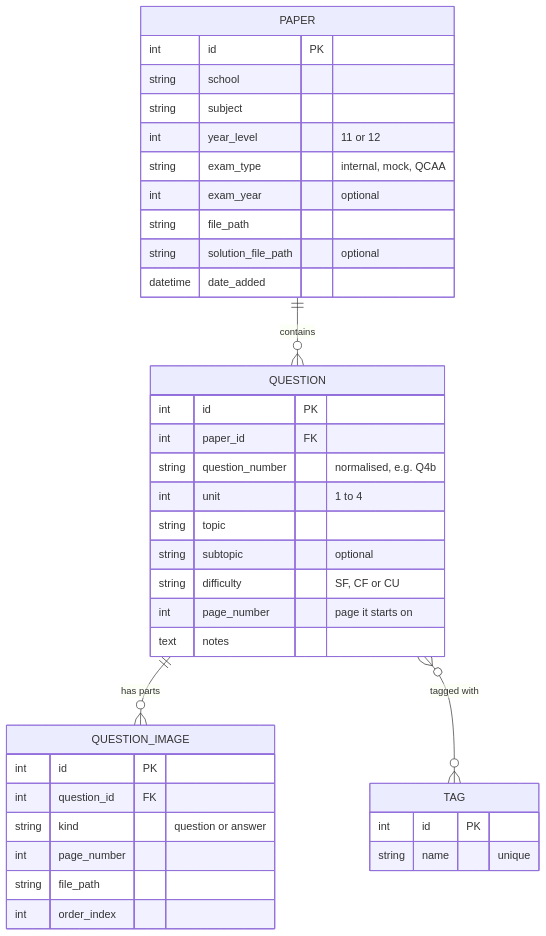
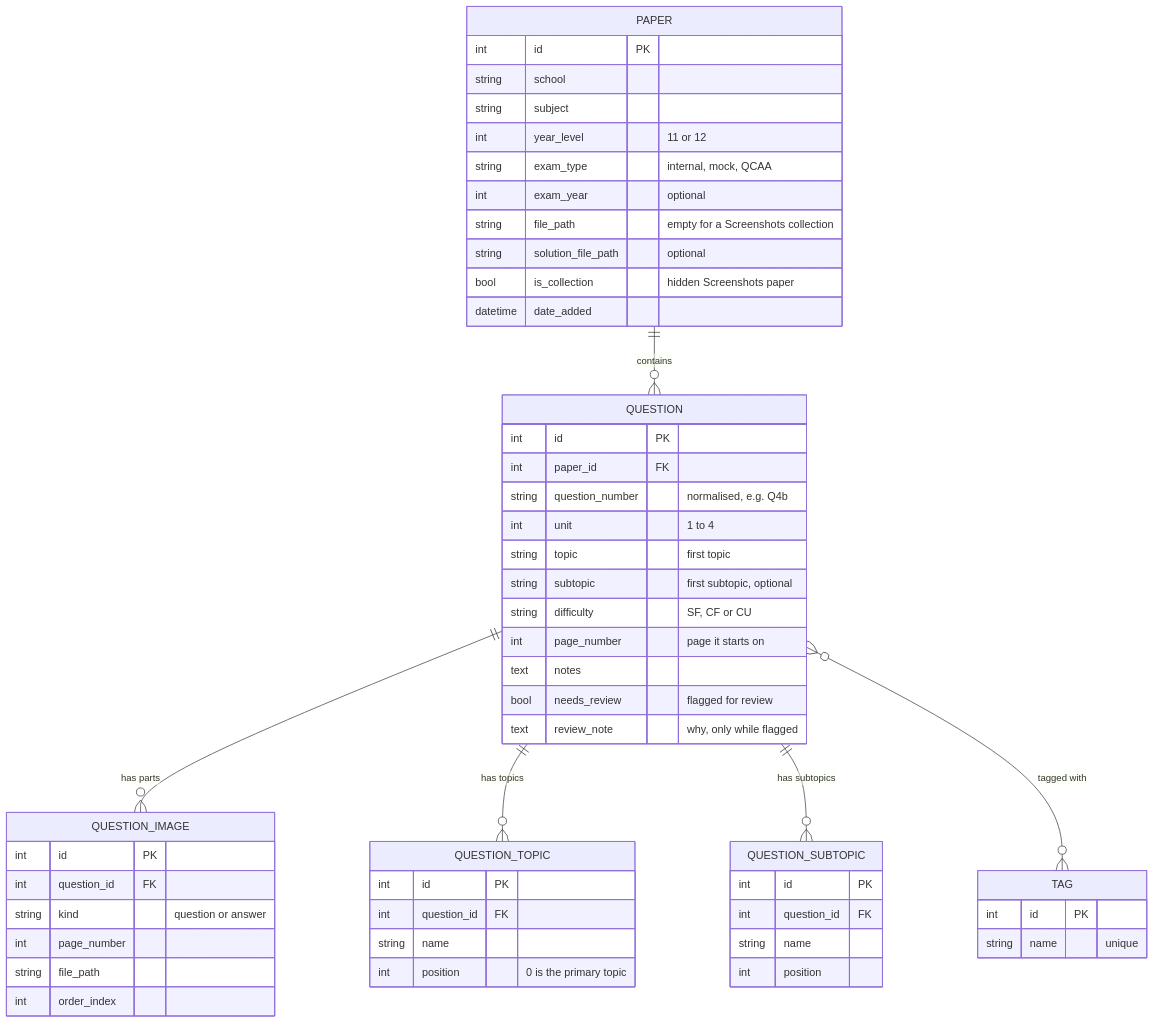
Before and after one commit to spere43/TutorDB: the second of 2 diagrams in README.md, drawn with Mermaid. The commit also changed other lines of this file and 8 other files, not shown here.

````diff
--- a/README.md
+++ b/README.md
@@ -194,41 +244,58 @@
 ```mermaid
 erDiagram
     PAPER ||--o{ QUESTION : contains
     QUESTION ||--o{ QUESTION_IMAGE : "has parts"
+    QUESTION ||--o{ QUESTION_TOPIC : "has topics"
+    QUESTION ||--o{ QUESTION_SUBTOPIC : "has subtopics"
     QUESTION }o--o{ TAG : "tagged with"
 
     PAPER {
         int id PK
         string school
         string subject
         int year_level "11 or 12"
         string exam_type "internal, mock, QCAA"
         int exam_year "optional"
-        string file_path
+        string file_path "empty for a Screenshots collection"
         string solution_file_path "optional"
+        bool is_collection "hidden Screenshots paper"
         datetime date_added
     }
     QUESTION {
         int id PK
         int paper_id FK
         string question_number "normalised, e.g. Q4b"
         int unit "1 to 4"
-        string topic
-        string subtopic "optional"
+        string topic "first topic"
+        string subtopic "first subtopic, optional"
         string difficulty "SF, CF or CU"
         int page_number "page it starts on"
         text notes
+        bool needs_review "flagged for review"
+        text review_note "why, only while flagged"
+    }
+    QUESTION_TOPIC {
+        int id PK
+        int question_id FK
+        string name
+        int position "0 is the primary topic"
+    }
+    QUESTION_SUBTOPIC {
+        int id PK
+        int question_id FK
+        string name
+        int position
     }
     QUESTION_IMAGE {
         int id PK
         int question_id FK
         string kind "question or answer"
         int page_number
         string file_path
         int order_index
     }
     TAG {
         int id PK
         string name "unique"
     }
 ```
````
